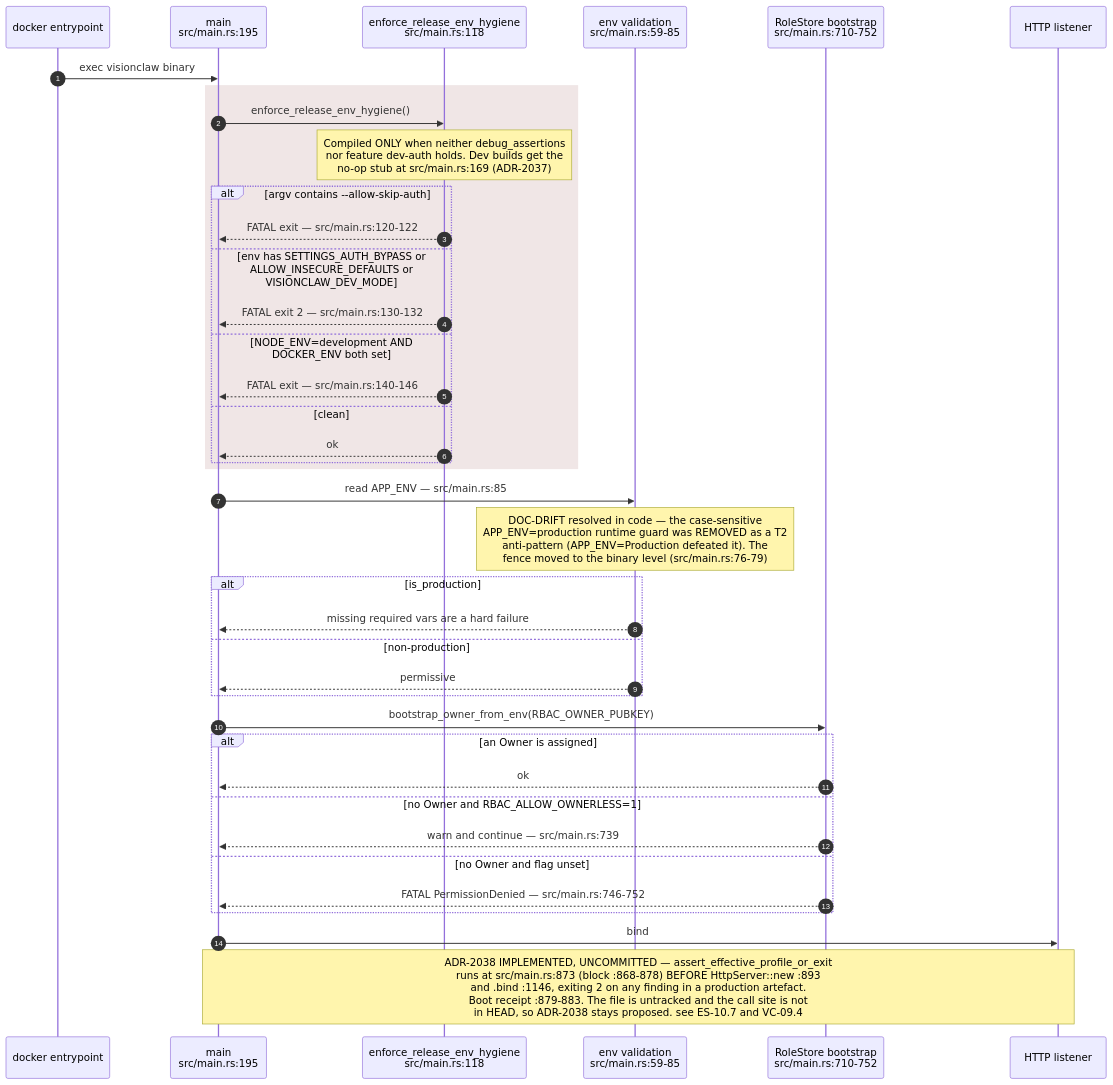
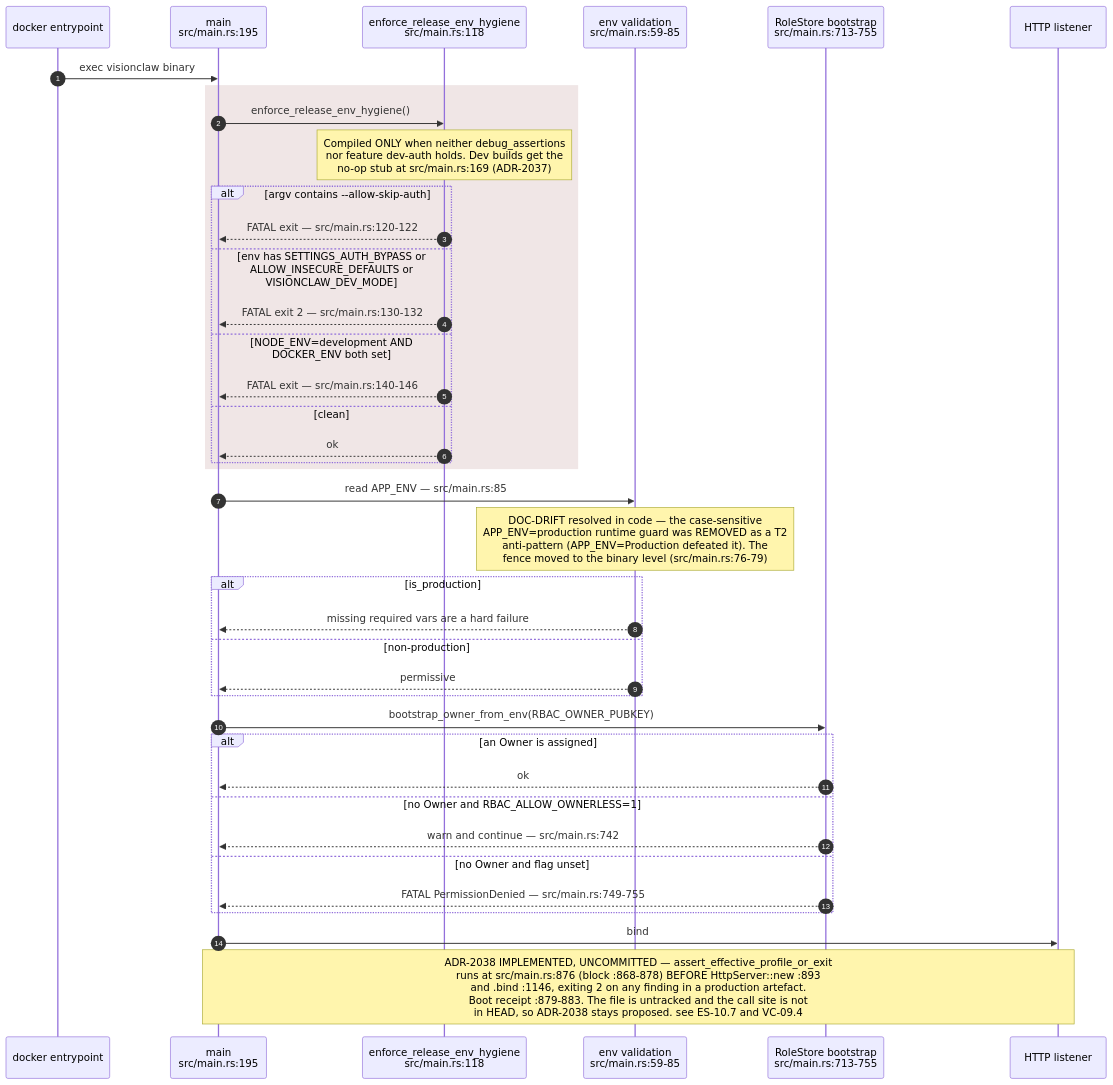
The second of 10 diagrams in docs/diagrams/estate/10-deployment-and-security-profiles.md (DreamLab-AI/AR-AI-Knowledge-Graph), drawn with Mermaid before and after one commit. The commit also changed other lines of this file and 73 other files, not shown here.

First line of the commit message:
docs(diagrams): re-verify all 71 topic files against HEAD; add --cite-check

````diff
--- a/docs/diagrams/estate/10-deployment-and-security-profiles.md
+++ b/docs/diagrams/estate/10-deployment-and-security-profiles.md
@@ -78,42 +78,42 @@
 ```mermaid
 sequenceDiagram
     autonumber
     participant OS as docker entrypoint
     participant M as main<br/>src/main.rs:195
     participant EH as enforce_release_env_hygiene<br/>src/main.rs:118
     participant EV as env validation<br/>src/main.rs:59-85
-    participant RS as RoleStore bootstrap<br/>src/main.rs:710-752
+    participant RS as RoleStore bootstrap<br/>src/main.rs:713-755
     participant L as HTTP listener
 
     OS->>M: exec visionclaw binary
     rect rgb(240,230,230)
     M->>EH: enforce_release_env_hygiene()
     Note over EH: Compiled ONLY when neither debug_assertions<br/>nor feature dev-auth holds. Dev builds get the<br/>no-op stub at src/main.rs:169 (ADR-2037)
     alt argv contains --allow-skip-auth
         EH-->>M: FATAL exit — src/main.rs:120-122
     else env has SETTINGS_AUTH_BYPASS or ALLOW_INSECURE_DEFAULTS or VISIONCLAW_DEV_MODE
         EH-->>M: FATAL exit 2 — src/main.rs:130-132
     else NODE_ENV=development AND DOCKER_ENV both set
         EH-->>M: FATAL exit — src/main.rs:140-146
     else clean
         EH-->>M: ok
     end
     end
     M->>EV: read APP_ENV — src/main.rs:85
     Note over EV: DOC-DRIFT resolved in code — the case-sensitive<br/>APP_ENV=production runtime guard was REMOVED as a T2<br/>anti-pattern (APP_ENV=Production defeated it). The<br/>fence moved to the binary level (src/main.rs:76-79)
     alt is_production
         EV-->>M: missing required vars are a hard failure
     else non-production
         EV-->>M: permissive
     end
     M->>RS: bootstrap_owner_from_env(RBAC_OWNER_PUBKEY)
     alt an Owner is assigned
         RS-->>M: ok
     else no Owner and RBAC_ALLOW_OWNERLESS=1
-        RS-->>M: warn and continue — src/main.rs:739
+        RS-->>M: warn and continue — src/main.rs:742
     else no Owner and flag unset
-        RS-->>M: FATAL PermissionDenied — src/main.rs:746-752
+        RS-->>M: FATAL PermissionDenied — src/main.rs:749-755
     end
     M->>L: bind
-    Note over M,L: ADR-2038 IMPLEMENTED, UNCOMMITTED — assert_effective_profile_or_exit<br/>runs at src/main.rs:873 (block :868-878) BEFORE HttpServer::new :893<br/>and .bind :1146, exiting 2 on any finding in a production artefact.<br/>Boot receipt :879-883. The file is untracked and the call site is not<br/>in HEAD, so ADR-2038 stays proposed. see ES-10.7 and VC-09.4
+    Note over M,L: ADR-2038 IMPLEMENTED, UNCOMMITTED — assert_effective_profile_or_exit<br/>runs at src/main.rs:876 (block :868-878) BEFORE HttpServer::new :893<br/>and .bind :1146, exiting 2 on any finding in a production artefact.<br/>Boot receipt :879-883. The file is untracked and the call site is not<br/>in HEAD, so ADR-2038 stays proposed. see ES-10.7 and VC-09.4
 ```
````
